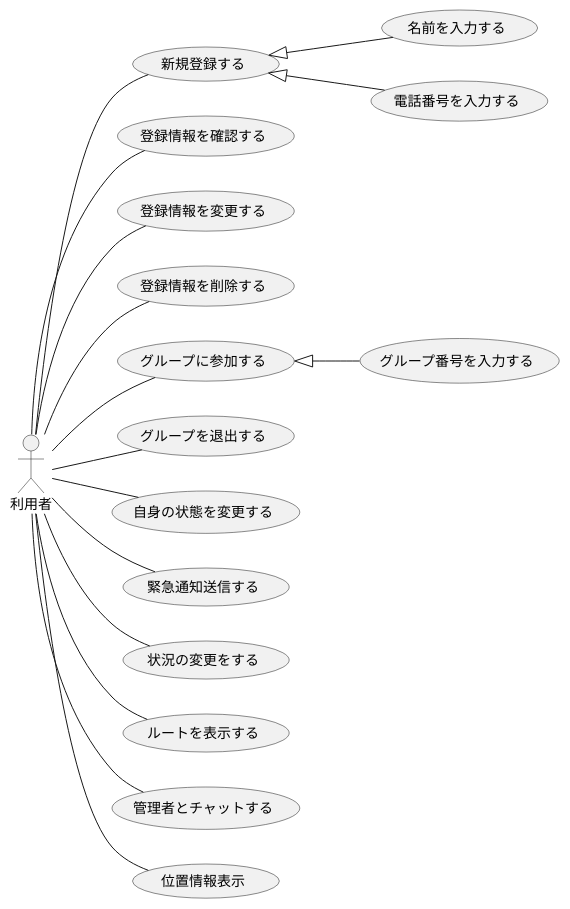
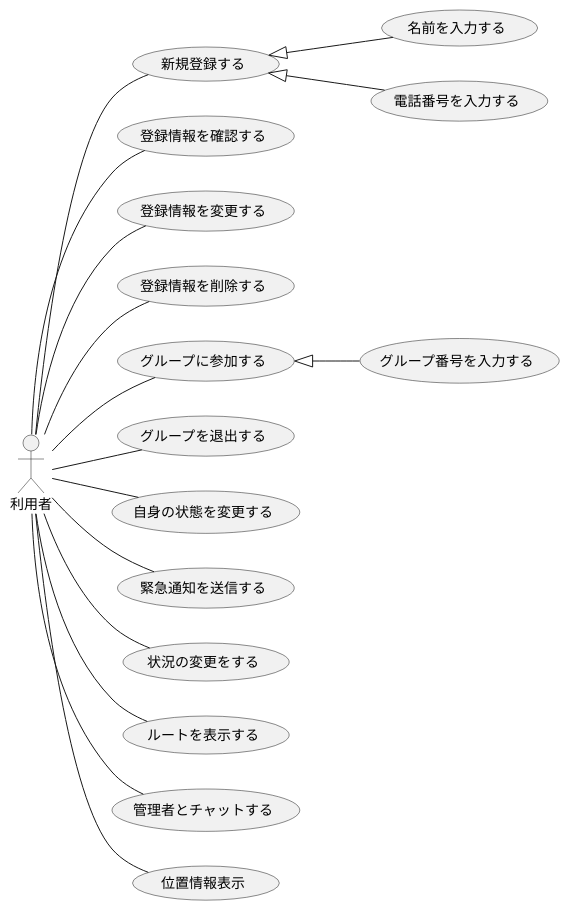
One commit to ksw2270227/GroupF changed the diagram in F_usecase_user.plantuml. Above: the diagram before and after it, drawn with PlantUML.

Commit message:
染谷編集-

```diff
--- a/F_usecase_user.plantuml
+++ b/F_usecase_user.plantuml
@@ -1,25 +1,25 @@
 @startuml ユースケース
 
 left to right direction
 actor 利用者
 
 利用者 -- (新規登録する)
 利用者 -- (登録情報を確認する)
 利用者 -- (登録情報を変更する)
 利用者 -- (登録情報を削除する)
 利用者 -- (グループに参加する)
 利用者 -- (グループを退出する)
 利用者 -- (自身の状態を変更する)
-利用者 -- (緊急通知送信する)
+利用者 -- (緊急通知を送信する)
 利用者 -- (状況の変更をする)
 利用者 -- (ルートを表示する)
 利用者 -- (管理者とチャットする)
 利用者 -- (位置情報表示)
 
 
 (新規登録する) <|-- (名前を入力する)
 (新規登録する) <|-- (電話番号を入力する)
 
 (グループに参加する) <|-- (グループ番号を入力する)
 
 @enduml
```
